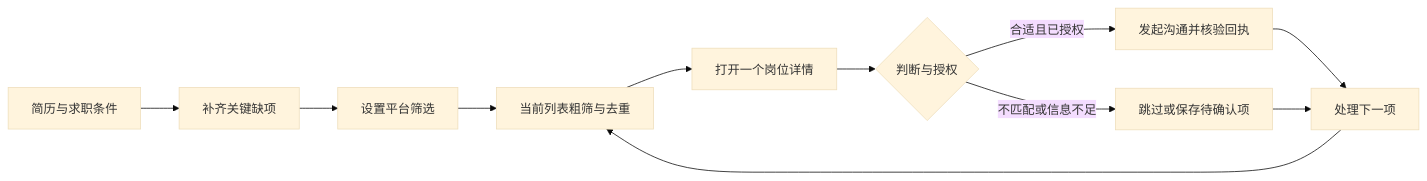
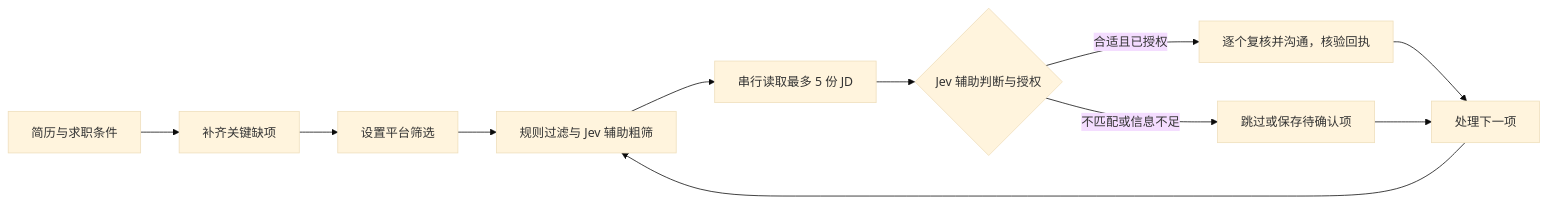
Before and after one commit to ShiqinGuo/jev4jobhunter: the diagram in README.md, drawn with Mermaid (base theme). The commit also changed other lines of this file and 5 other files, not shown here.

````diff
--- a/README.md
+++ b/README.md
@@ -83,13 +137,13 @@
 ```mermaid
 flowchart LR
     A[简历与求职条件] --> B[补齐关键缺项]
     B --> C[设置平台筛选]
-    C --> D[当前列表粗筛与去重]
-    D --> E[打开一个岗位详情]
-    E --> F{判断与授权}
-    F -->|合适且已授权| G[发起沟通并核验回执]
+    C --> D[规则过滤与 Jev 辅助粗筛]
+    D --> E[串行读取最多 5 份 JD]
+    E --> F{Jev 辅助判断与授权}
+    F -->|合适且已授权| G[逐个复核并沟通，核验回执]
     F -->|不匹配或信息不足| H[跳过或保存待确认项]
     G --> I[处理下一项]
     H --> I
     I --> D
 ```
````
